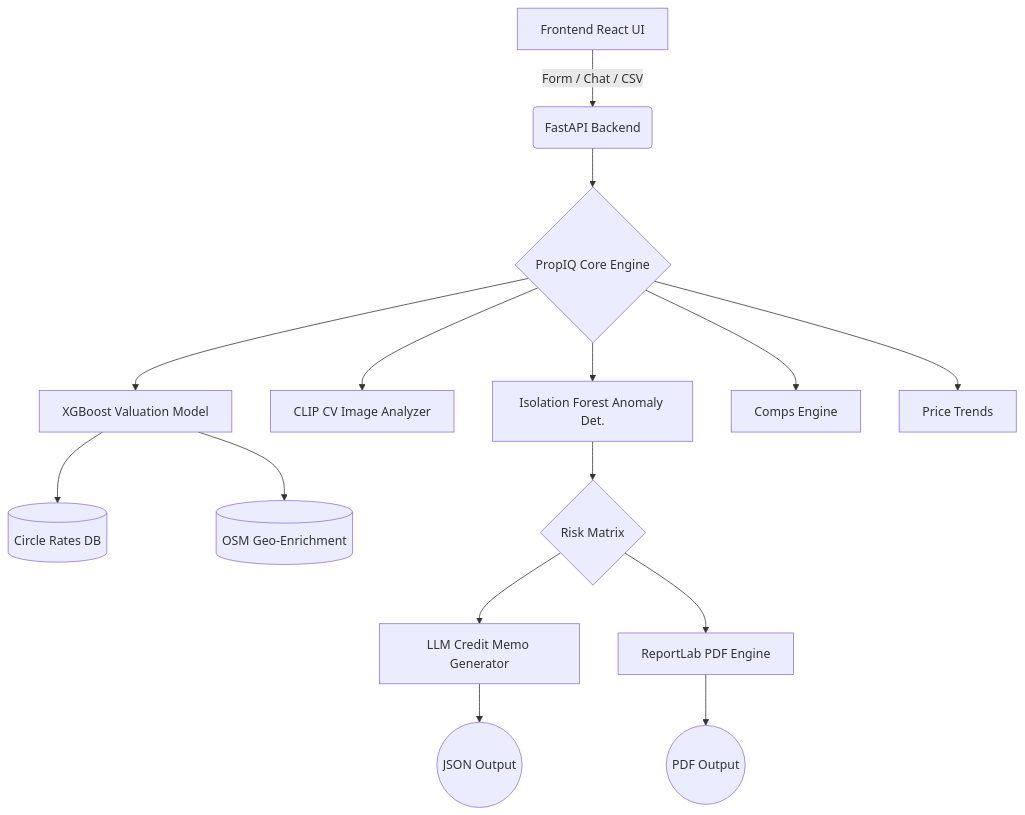
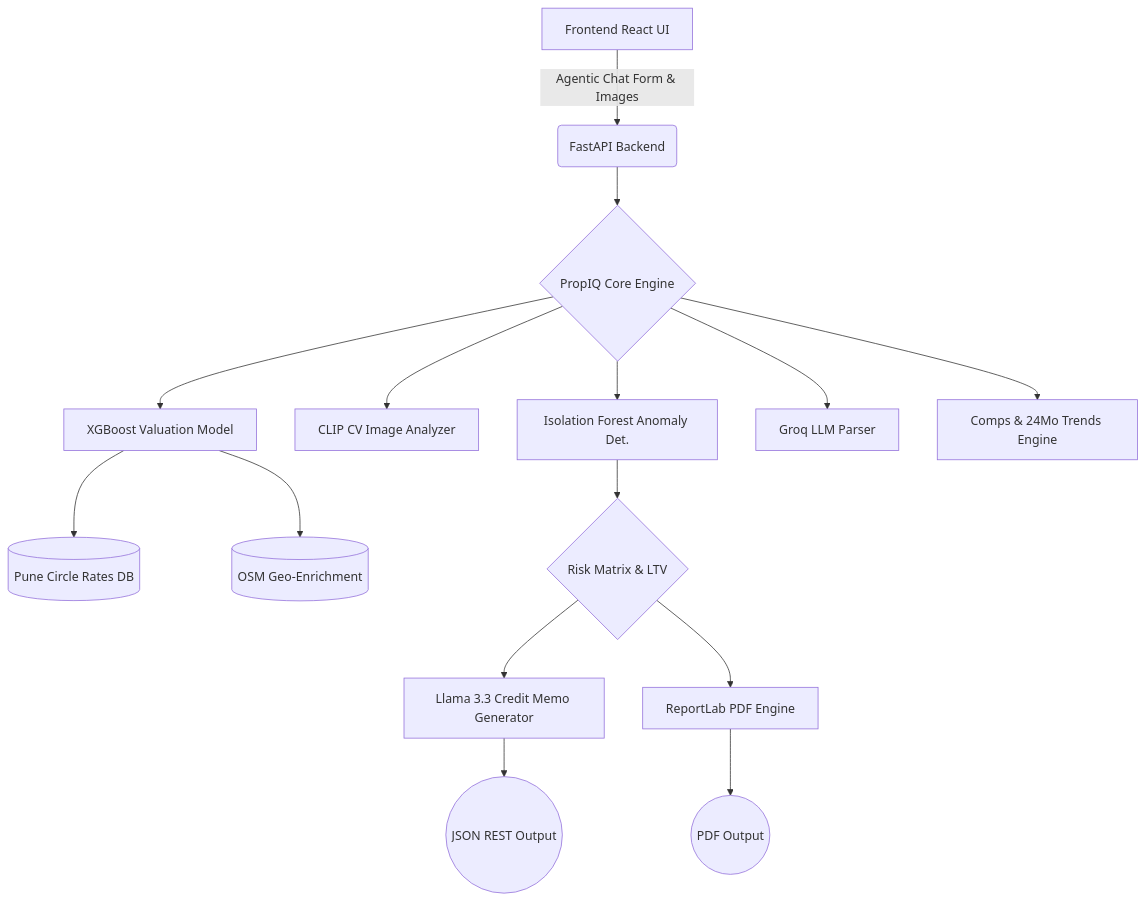
One commit to Atharva762005/CacheRoute changed the diagram in README.md. Above: the diagram before and after it, drawn with Mermaid. The commit also changed other lines of this file, not shown here.

````diff
--- a/README.md
+++ b/README.md
@@ -26,23 +31,23 @@
 ```mermaid
 graph TD
-    A[Frontend React UI] -->|Form / Chat / CSV| B(FastAPI Backend)
+    A[Frontend React UI] -->|Agentic Chat Form & Images| B(FastAPI Backend)
     B --> C{PropIQ Core Engine}
     
     C --> D[XGBoost Valuation Model]
     C --> E[CLIP CV Image Analyzer]
     C --> F[Isolation Forest Anomaly Det.]
+    C --> G[Groq LLM Parser]
     
-    D --> G[(Circle Rates DB)]
-    D --> H[(OSM Geo-Enrichment)]
+    D --> H[(Pune Circle Rates DB)]
+    D --> I[(OSM Geo-Enrichment)]
     
-    C --> I[Comps Engine]
-    C --> J[Price Trends]
+    C --> J[Comps & 24Mo Trends Engine]
     
-    F --> K{Risk Matrix}
+    F --> K{Risk Matrix & LTV}
     
-    K --> L[LLM Credit Memo Generator]
+    K --> L[Llama 3.3 Credit Memo Generator]
     K --> M[ReportLab PDF Engine]
     
-    L --> N((JSON Output))
+    L --> N((JSON REST Output))
     M --> O((PDF Output))
 ```
````
